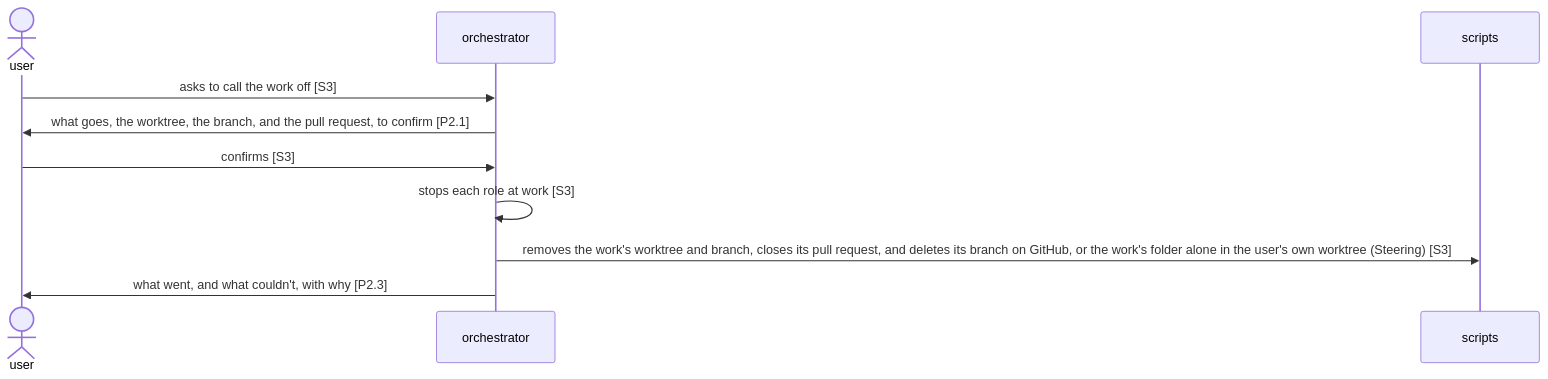
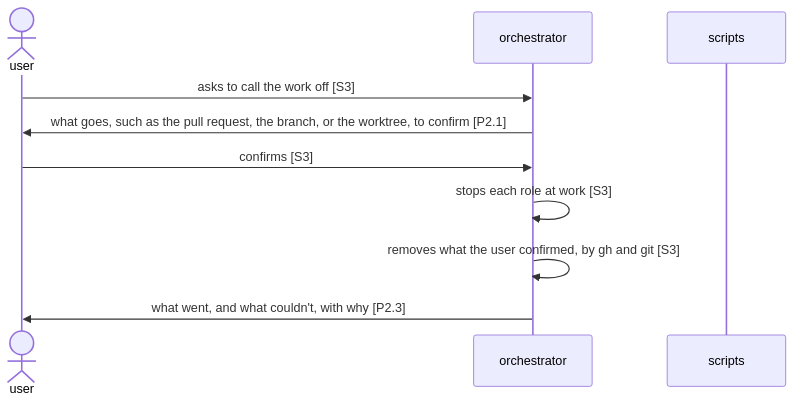
The third of 3 diagrams in dev/rn/architecture.md (lovaizu/ccpm), drawn with Mermaid before and after one commit. The commit also changed other lines of this file and 13 other files, not shown here.

First line of the commit message:
rn: the work lies where rn is started, and rn makes a branch or a worktree only when asked

````diff
--- a/dev/rn/architecture.md
+++ b/dev/rn/architecture.md
@@ -371,12 +372,12 @@
 ```mermaid
 sequenceDiagram
   actor U as user
   participant O as orchestrator
   participant S as scripts
   U->>O: asks to call the work off [S3]
-  O->>U: what goes, the worktree, the branch, and the pull request, to confirm [P2.1]
+  O->>U: what goes, such as the pull request, the branch, or the worktree, to confirm [P2.1]
   U->>O: confirms [S3]
   O->>O: stops each role at work [S3]
-  O->>S: removes the work's worktree and branch, closes its pull request, and deletes its branch on GitHub, or the work's folder alone in the user's own worktree (Steering) [S3]
+  O->>O: removes what the user confirmed, by gh and git [S3]
   O->>U: what went, and what couldn't, with why [P2.3]
 ```
````
